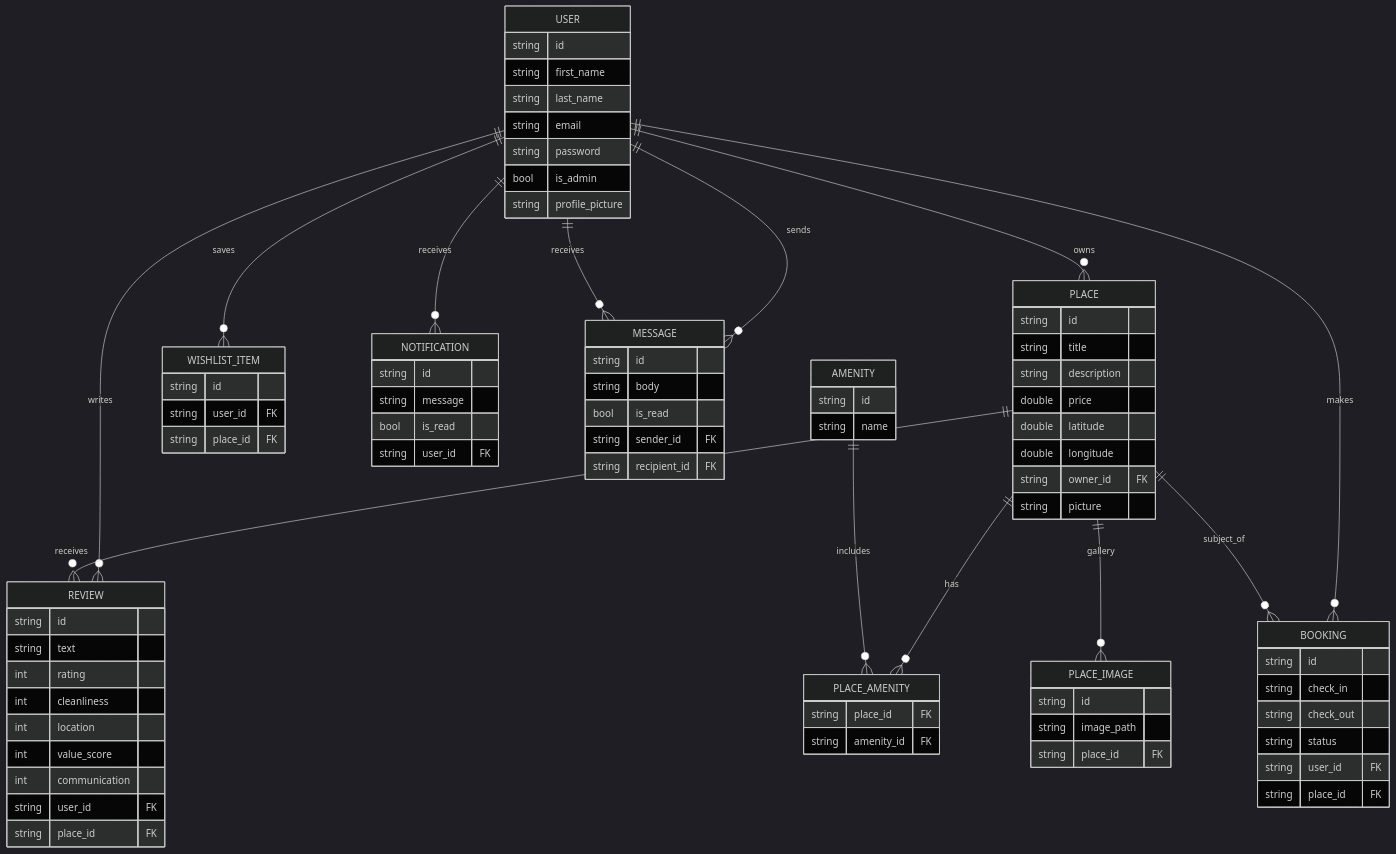
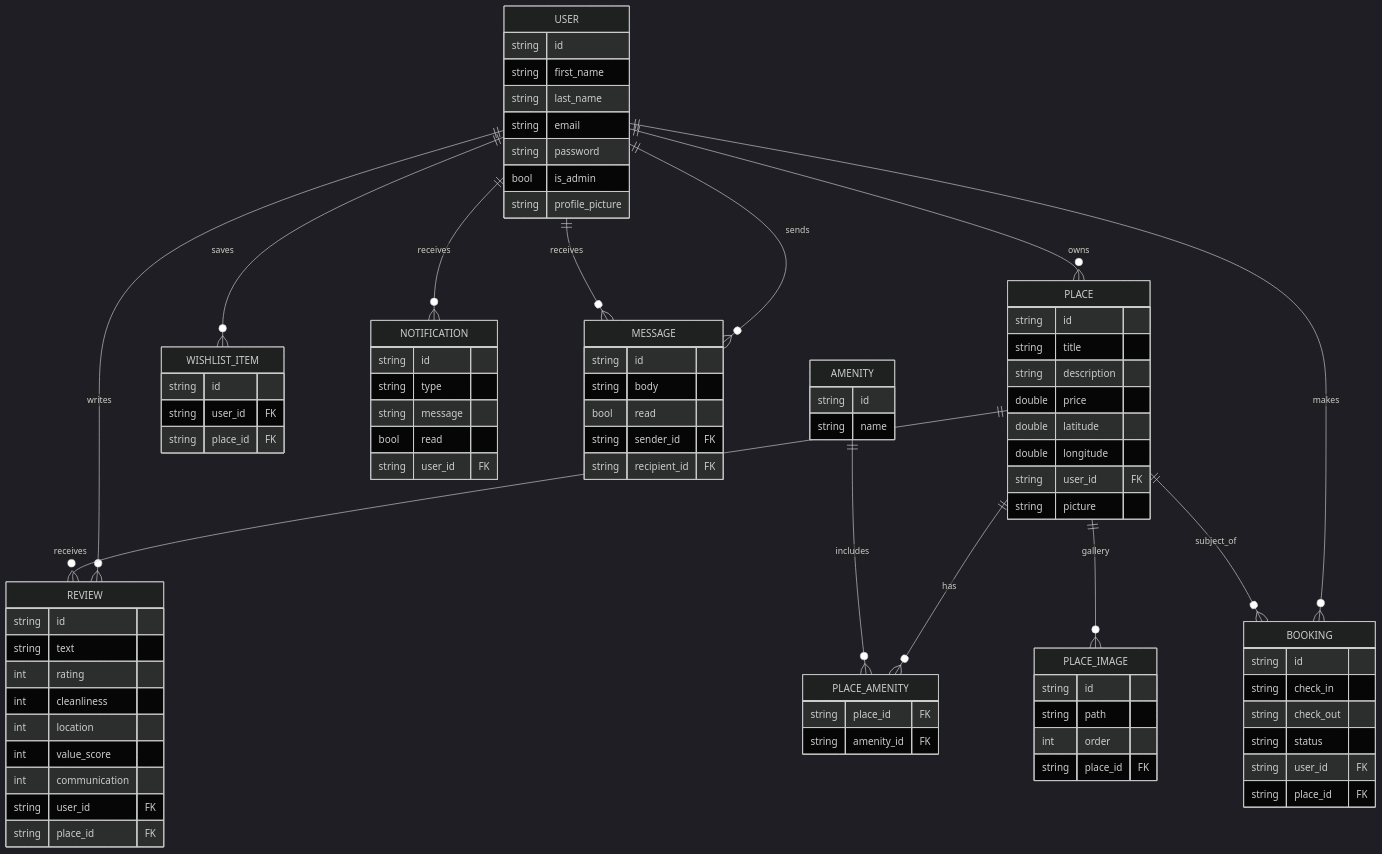
One commit to Handroc/holbertonschool-hbnb changed the diagram in part4/hbnb/README.md. Above: the diagram before and after it, drawn with Mermaid. The commit also changed other lines of this file, not shown here.

````diff
--- a/part4/hbnb/README.md
+++ b/part4/hbnb/README.md
@@ -166,7 +166,7 @@
         double price
         double latitude
         double longitude
-        string owner_id FK
+        string user_id FK
         string picture
     }
     REVIEW {
@@ -203,20 +203,22 @@
     }
     NOTIFICATION {
         string id
+        string type
         string message
-        bool is_read
+        bool read
         string user_id FK
     }
     MESSAGE {
         string id
         string body
-        bool is_read
+        bool read
         string sender_id FK
         string recipient_id FK
     }
     PLACE_IMAGE {
         string id
-        string image_path
+        string path
+        int order
         string place_id FK
     }
 ```
````
